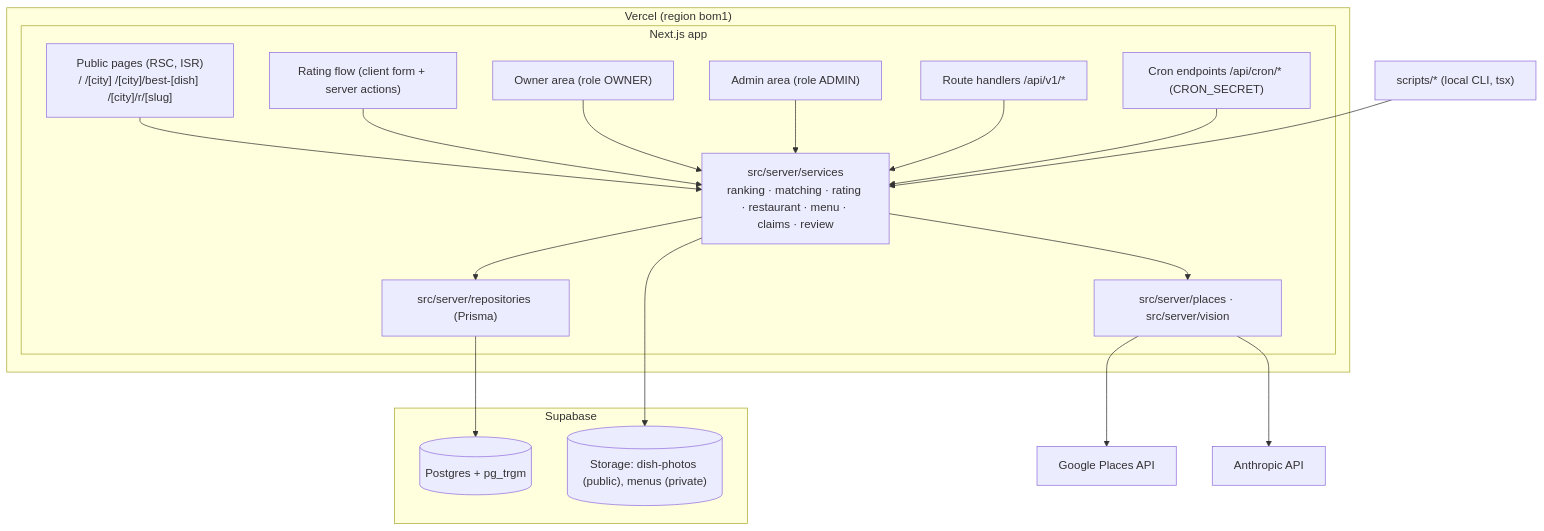
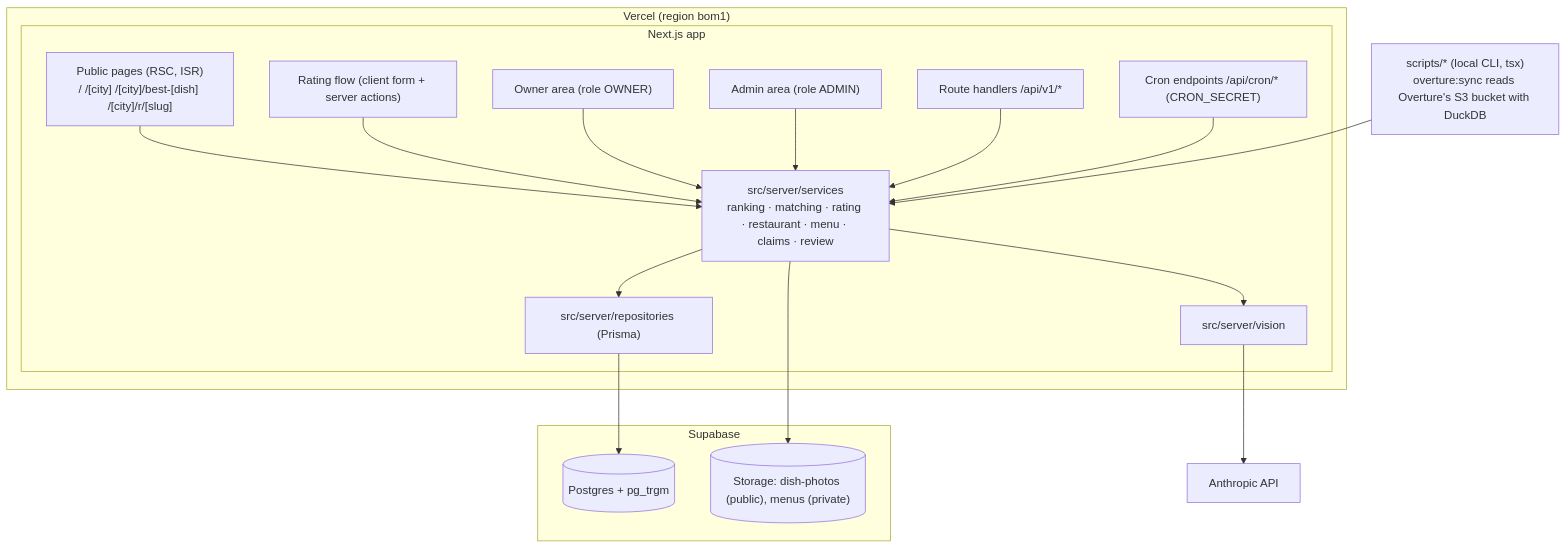
Before and after one commit to JawadSarfraz/dishrank: the diagram in docs/diagrams/containers.mmd, drawn with Mermaid. The commit also changed 19 other files, not shown here.

```diff
--- a/docs/diagrams/containers.mmd
+++ b/docs/diagrams/containers.mmd
@@ -1,31 +1,30 @@
 flowchart TB
   subgraph Vercel["Vercel (region bom1)"]
     subgraph Next["Next.js app"]
       Pages["Public pages (RSC, ISR)<br/>/ /[city] /[city]/best-[dish] /[city]/r/[slug]"]
       Rate["Rating flow (client form + server actions)"]
       OwnerUI["Owner area (role OWNER)"]
       AdminUI["Admin area (role ADMIN)"]
       API["Route handlers /api/v1/*"]
       CronEP["Cron endpoints /api/cron/* (CRON_SECRET)"]
       Services["src/server/services<br/>ranking · matching · rating · restaurant · menu · claims · review"]
       Repos["src/server/repositories (Prisma)"]
-      Ext["src/server/places · src/server/vision"]
+      Ext["src/server/vision"]
     end
   end
   subgraph Supabase
     PG[("Postgres + pg_trgm")]
     ST[("Storage: dish-photos (public), menus (private)")]
   end
-  CLI["scripts/* (local CLI, tsx)"]
+  CLI["scripts/* (local CLI, tsx)<br/>overture:sync reads Overture's S3 bucket with DuckDB"]
   Pages --> Services
   Rate --> Services
   OwnerUI --> Services
   AdminUI --> Services
   API --> Services
   CronEP --> Services
   Services --> Repos --> PG
   Services --> ST
-  Ext --> Google["Google Places API"]
   Ext --> Anthropic["Anthropic API"]
   Services --> Ext
   CLI --> Services
```
